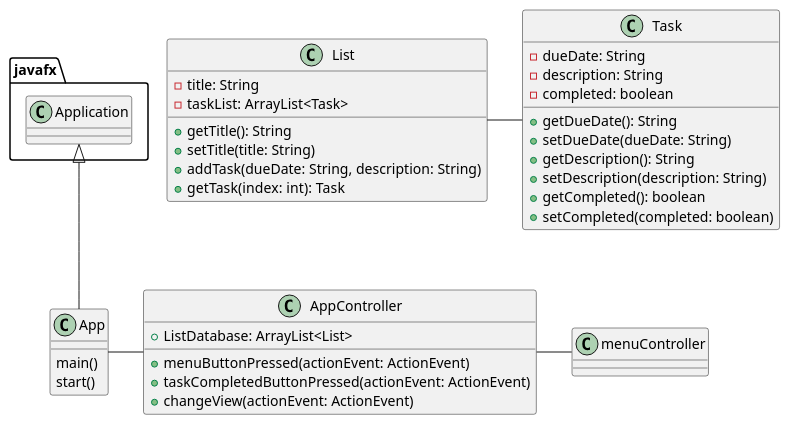
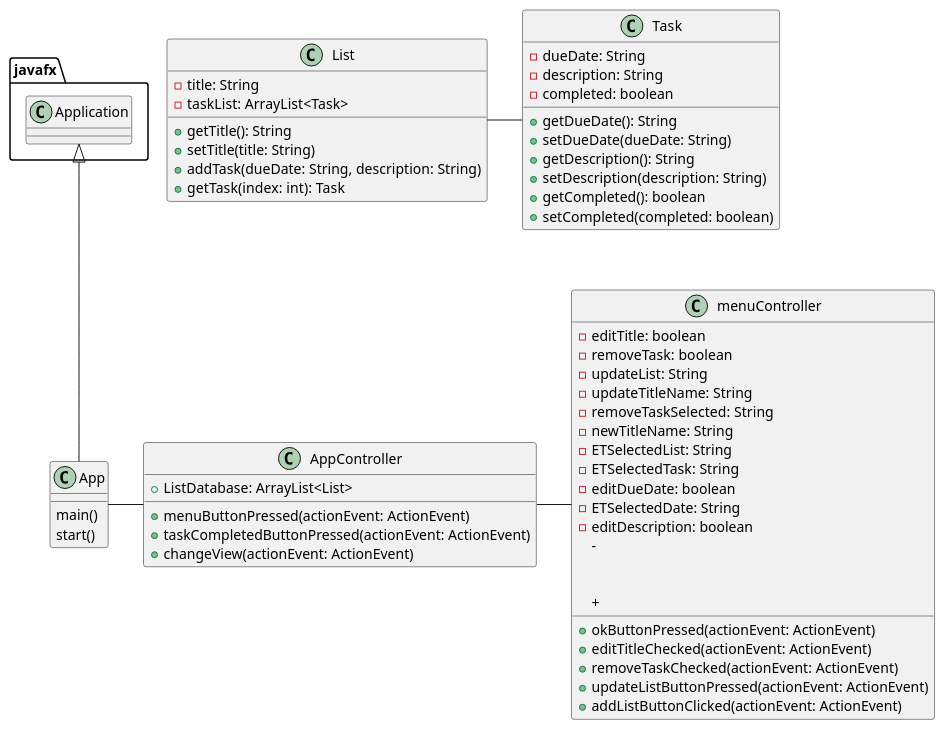
The diagram in uml/AppDiagram.puml (ashley-m0/OOP-Assignment4), drawn with PlantUML before and after one commit. The commit also changed 10 other files, not shown here.

```diff
--- a/uml/AppDiagram.puml
+++ b/uml/AppDiagram.puml
@@ -1,50 +1,71 @@
 @startuml
 'https://plantuml.com/sequence-diagram
 
 class App{
     main()
     start()
 }
 
 class AppController{
     + ListDatabase: ArrayList<List>
 
     + menuButtonPressed(actionEvent: ActionEvent)
     + taskCompletedButtonPressed(actionEvent: ActionEvent)
     + changeView(actionEvent: ActionEvent)
 
 }
 
 class List{
     - title: String
     - taskList: ArrayList<Task>
 
     + getTitle(): String
     + setTitle(title: String)
     + addTask(dueDate: String, description: String)
     + getTask(index: int): Task
 }
 
 class menuController{
 
+    - editTitle: boolean
+    - removeTask: boolean
+    - updateList: String
+    - updateTitleName: String
+    - removeTaskSelected: String
+    - newTitleName: String
+    - ETSelectedList: String
+    - ETSelectedTask: String
+    - editDueDate: boolean
+    - ETSelectedDate: String
+    - editDescription: boolean
+    -
+
+
+    + okButtonPressed(actionEvent: ActionEvent)
+    + editTitleChecked(actionEvent: ActionEvent)
+    + removeTaskChecked(actionEvent: ActionEvent)
+    + updateListButtonPressed(actionEvent: ActionEvent)
+    + addListButtonClicked(actionEvent: ActionEvent)
+    +
+
 }
 
 class Task{
     - dueDate: String
     - description: String
     - completed: boolean
 
     + getDueDate(): String
     + setDueDate(dueDate: String)
     + getDescription(): String
     + setDescription(description: String)
     + getCompleted(): boolean
     + setCompleted(completed: boolean)
 }
 
 javafx.Application <|-- App
 
 App -  AppController
 AppController - menuController
 List - Task
 @enduml
```
